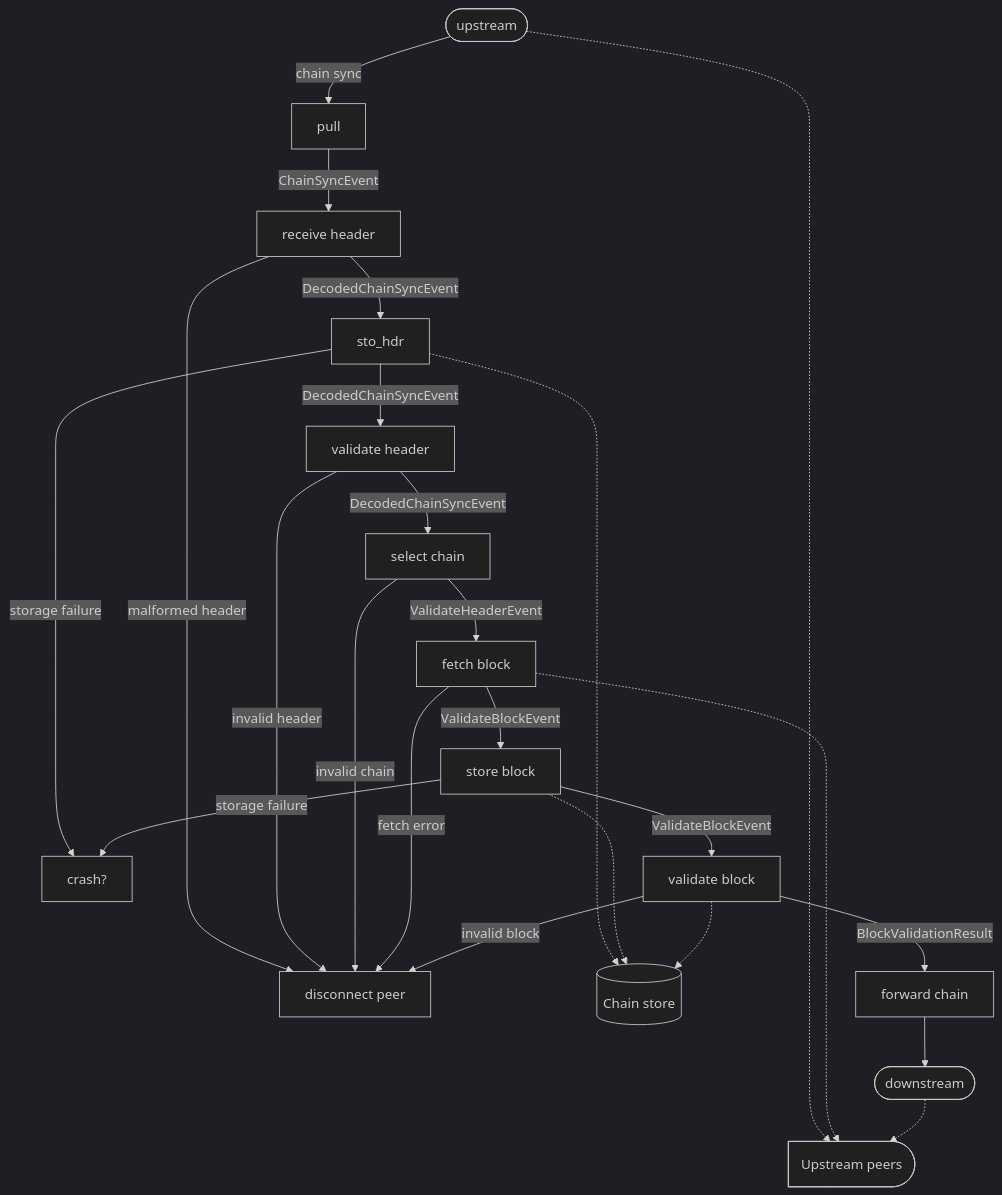
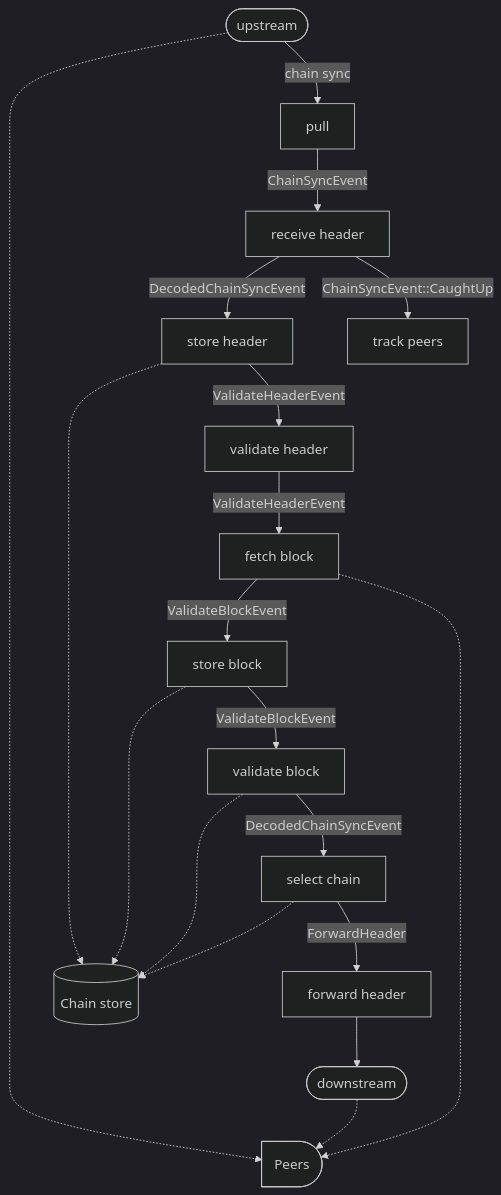
Before and after one commit to pragma-org/amaru: the first of 2 diagrams in crates/amaru-consensus/README.md, drawn with Mermaid (dark theme). The commit also changed other lines of this file and 16 other files, not shown here.

First line of the commit message:
feat: move the select_chain stage to the end of the stage graph

````diff
--- a/crates/amaru-consensus/README.md
+++ b/crates/amaru-consensus/README.md
@@ -7,29 +7,43 @@
 ```mermaid
 graph TD
-    disc[disconnect peer]
-    net@{ shape: delay, label: "Upstream peers" }
+    receive_header[receive header]
+    track_peers[track peers]
+    store_header[store header]
+    validate_header[validate header]
+    fetch_block[fetch block]
+    store_block[store block]
+    validate_block[validate block]
+    select_chain[select chain]
+    forward_header[forward header]
+
+    downstream([downstream])
+    store@{ shape: cyl, label: "Chain store" }
+    net@{ shape: delay, label: "Peers" }
+
     upstream([upstream]) -.-> net
     upstream -- chain sync --> pull
-    pull -- ChainSyncEvent --> rcv[receive header]
-    rcv -- malformed header --> disc
-    val_hdr[validate header]
-    rcv -- DecodedChainSyncEvent --> sto_hdr
-    sto_hdr -.-> store@{ shape: cyl, label: "Chain store" }
-    sto_hdr -- storage failure --> crash?
-    sto_hdr -- DecodedChainSyncEvent --> val_hdr[validate header]
-    val_hdr -- invalid header --> disc
-    val_hdr -- DecodedChainSyncEvent --> select[select chain]
-    select -- invalid chain --> disc
-    select -- ValidateHeaderEvent --> fetch[fetch block]
-    fetch -.-> net
-    fetch -- fetch error --> disc
-    fetch -- ValidateBlockEvent --> sto_block[store block]
-    sto_block -.-> store
-    sto_block -- storage failure --> crash?
-    sto_block -- ValidateBlockEvent --> val_block[validate block]
-    val_block -.-> store
-    val_block -- invalid block --> disc
-    val_block -- BlockValidationResult --> fwd[forward chain]
-    fwd --> down([downstream])
-    down -.-> net
+    pull -- ChainSyncEvent --> receive_header
+
+    receive_header -- DecodedChainSyncEvent --> store_header
+    receive_header -- ChainSyncEvent::CaughtUp --> track_peers
+
+    store_header -.-> store
+    store_header -- ValidateHeaderEvent --> validate_header
+
+    validate_header -- ValidateHeaderEvent --> fetch_block
+
+    fetch_block -- ValidateBlockEvent --> store_block
+    fetch_block -.-> net
+
+    store_block -.-> store
+    store_block -- ValidateBlockEvent --> validate_block
+
+    validate_block -.-> store
+    validate_block -- DecodedChainSyncEvent --> select_chain
+
+    select_chain -.-> store
+    select_chain -- ForwardHeader --> forward_header
+
+    forward_header --> downstream
+    downstream -.-> net
 ```
````
